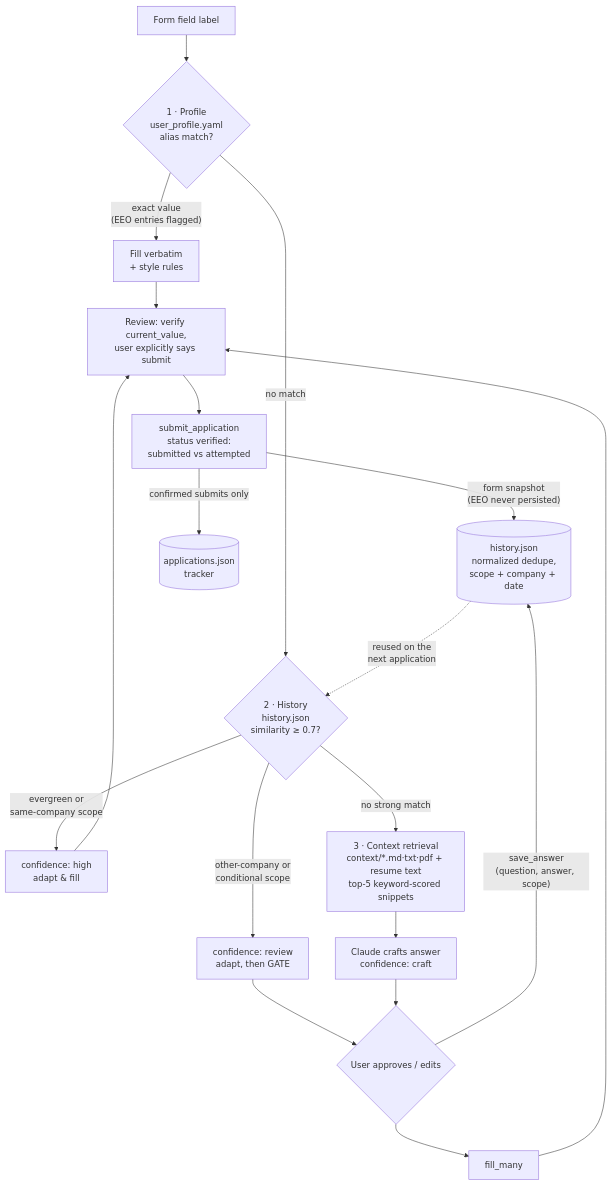
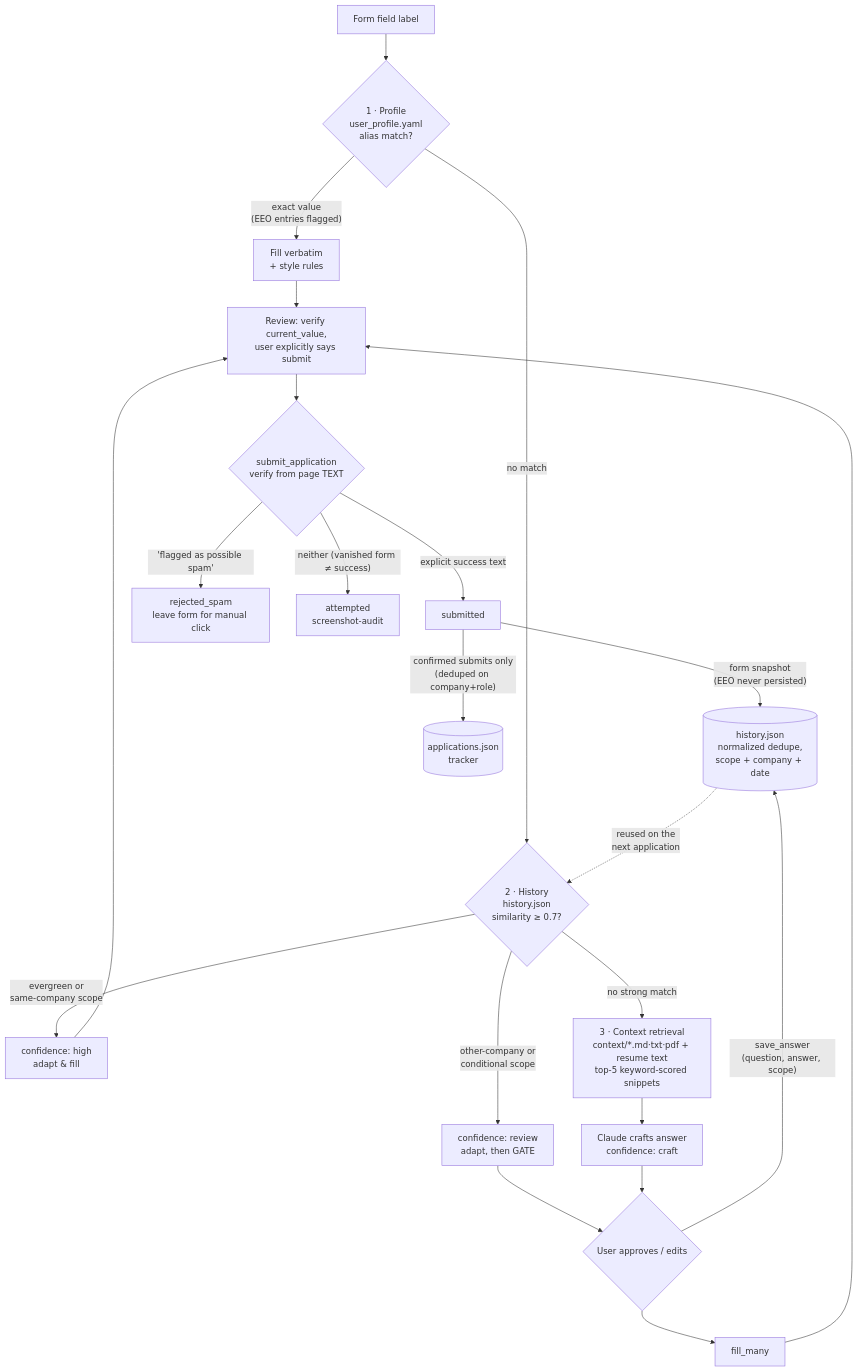
Before and after one commit to sbhaskaran0/job-applier: the diagram in README.md, drawn with Mermaid. The commit also changed 6 other files, not shown here.

First line of the commit message:
fix: text-verify submit outcome + dedupe on retry (JOB-24)

````diff
--- a/README.md
+++ b/README.md
@@ -48,27 +48,30 @@
 ```mermaid
 flowchart TD
     F["Form field label"] --> P{"1 · Profile<br/>user_profile.yaml<br/>alias match?"}
 
     P -- "exact value<br/>(EEO entries flagged)" --> PV["Fill verbatim<br/>+ style rules"]
     P -- "no match" --> H{"2 · History<br/>history.json<br/>similarity ≥ 0.7?"}
 
     H -- "evergreen or<br/>same-company scope" --> HH["confidence: high<br/>adapt & fill"]
     H -- "other-company or<br/>conditional scope" --> HR["confidence: review<br/>adapt, then GATE"]
     H -- "no strong match" --> C["3 · Context retrieval<br/>context/*.md·txt·pdf + resume text<br/>top-5 keyword-scored snippets"]
 
     C --> CR["Claude crafts answer<br/>confidence: craft"]
     HR --> U{"User approves / edits"}
     CR --> U
     U --> FM["fill_many"]
     U -- "save_answer<br/>(question, answer, scope)" --> HIST
 
     PV --> REV["Review: verify current_value,<br/>user explicitly says submit"]
     HH --> REV
     FM --> REV
 
-    REV --> S["submit_application<br/>status verified:<br/>submitted vs attempted"]
-    S -- "form snapshot<br/>(EEO never persisted)" --> HIST[("history.json<br/>normalized dedupe,<br/>scope + company + date")]
-    S -- "confirmed submits only" --> APPS[("applications.json<br/>tracker")]
+    REV --> S{"submit_application<br/>verify from page TEXT"}
+    S -- "explicit success text" --> SS["submitted"]
+    S -- "'flagged as possible spam'" --> SR["rejected_spam<br/>leave form for manual click"]
+    S -- "neither (vanished form ≠ success)" --> SA["attempted<br/>screenshot-audit"]
+    SS -- "form snapshot<br/>(EEO never persisted)" --> HIST[("history.json<br/>normalized dedupe,<br/>scope + company + date")]
+    SS -- "confirmed submits only<br/>(deduped on company+role)" --> APPS[("applications.json<br/>tracker")]
 
     HIST -. "reused on the<br/>next application" .-> H
 ```
````
